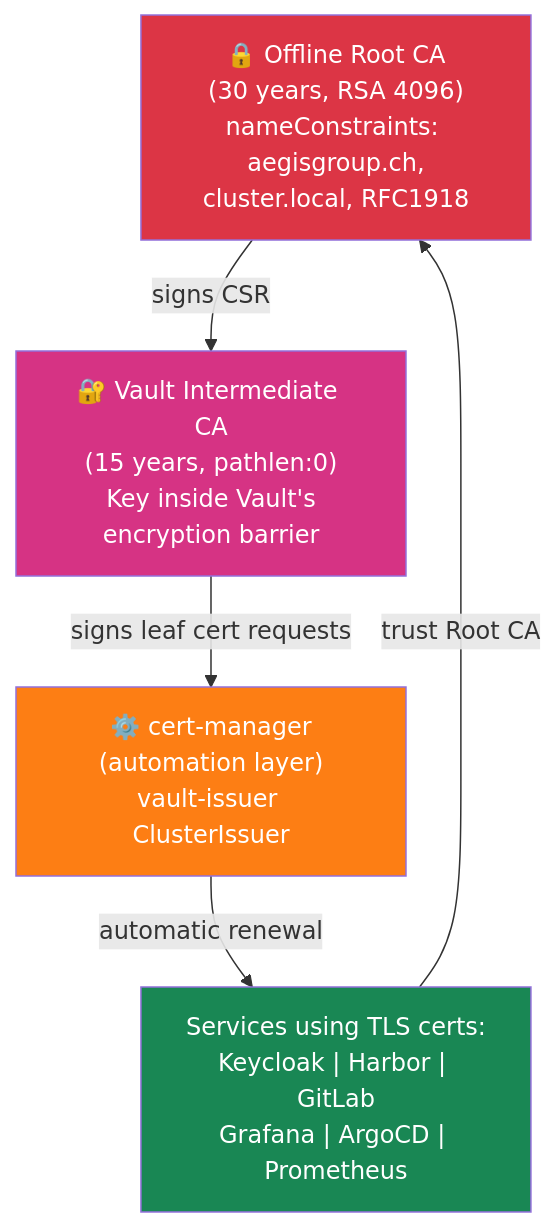
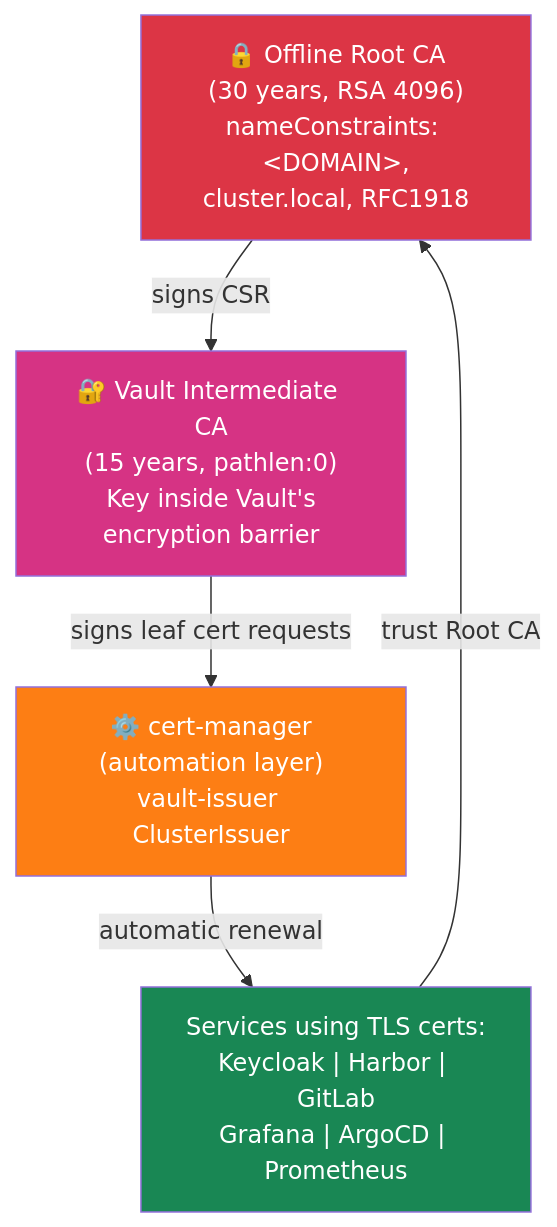
The diagram in docs/architecture/pki-certificates.md (derhornspieler/harvester-rke2-svcs), drawn with Mermaid before and after one commit. The commit also changed other lines of this file and 8 other files, not shown here.

First line of the commit message:
fix: sanitize domains, rename headings, add decision tree and Splunk roadmap

````diff
--- a/docs/architecture/pki-certificates.md
+++ b/docs/architecture/pki-certificates.md
@@ -13,21 +13,21 @@
 ```mermaid
 graph TD
-    RootCA["🔒 Offline Root CA<br/>(30 years, RSA 4096)<br/>nameConstraints: aegisgroup.ch,<br/>cluster.local, RFC1918"]
+    RootCA["🔒 Offline Root CA<br/>(30 years, RSA 4096)<br/>nameConstraints: &lt;DOMAIN&gt;,<br/>cluster.local, RFC1918"]
 
     VaultCA["🔐 Vault Intermediate CA<br/>(15 years, pathlen:0)<br/>Key inside Vault's<br/>encryption barrier"]
 
     CertMgr["⚙️ cert-manager<br/>(automation layer)<br/>vault-issuer ClusterIssuer"]
 
     Services["Services using TLS certs:<br/>Keycloak | Harbor | GitLab<br/>Grafana | ArgoCD | Prometheus"]
 
     RootCA -->|signs CSR| VaultCA
     VaultCA -->|signs leaf cert requests| CertMgr
     CertMgr -->|automatic renewal| Services
 
     Services -->|trust Root CA| RootCA
 
     style RootCA fill:#dc3545,color:#fff
     style VaultCA fill:#d63384,color:#fff
     style CertMgr fill:#fd7e14,color:#fff
     style Services fill:#198754,color:#fff
 ```
````
